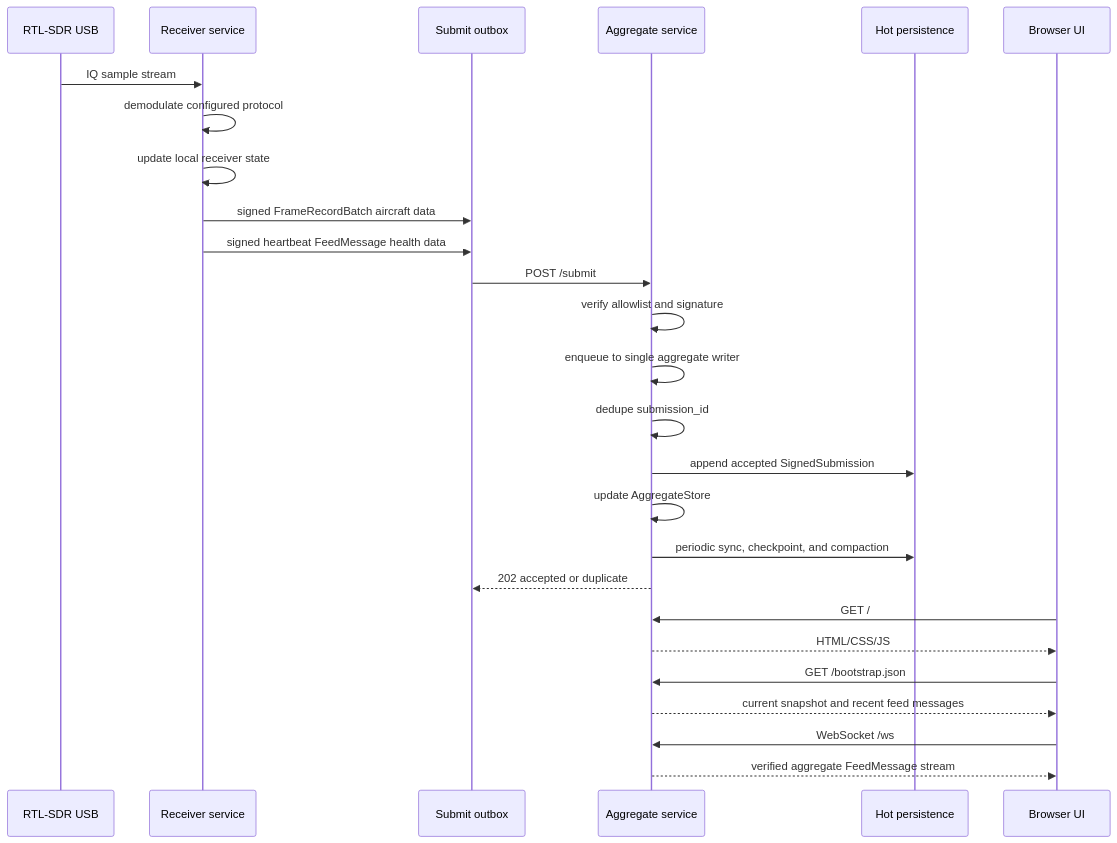
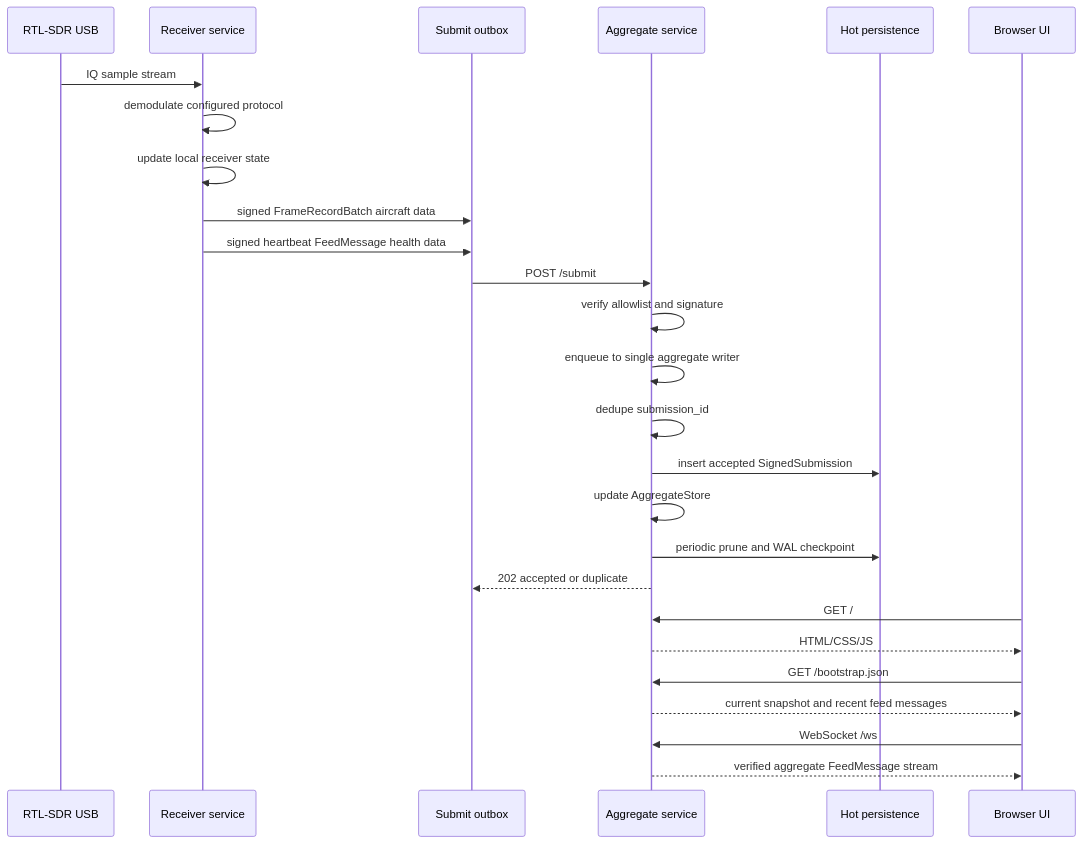
Before and after one commit to abhay/rsdb: the second of 2 diagrams in docs/ARCHITECTURE.md, drawn with Mermaid. The commit also changed other lines of this file and 7 other files, not shown here.

````diff
--- a/docs/ARCHITECTURE.md
+++ b/docs/ARCHITECTURE.md
@@ -71,30 +71,30 @@
 ```mermaid
 sequenceDiagram
   participant USB as RTL-SDR USB
   participant R as Receiver service
   participant Q as Submit outbox
   participant A as Aggregate service
   participant P as Hot persistence
   participant U as Browser UI
 
   USB->>R: IQ sample stream
   R->>R: demodulate configured protocol
   R->>R: update local receiver state
   R->>Q: signed FrameRecordBatch aircraft data
   R->>Q: signed heartbeat FeedMessage health data
   Q->>A: POST /submit
   A->>A: verify allowlist and signature
   A->>A: enqueue to single aggregate writer
   A->>A: dedupe submission_id
-  A->>P: append accepted SignedSubmission
+  A->>P: insert accepted SignedSubmission
   A->>A: update AggregateStore
-  A->>P: periodic sync, checkpoint, and compaction
+  A->>P: periodic prune and WAL checkpoint
   A-->>Q: 202 accepted or duplicate
 
   U->>A: GET /
   A-->>U: HTML/CSS/JS
   U->>A: GET /bootstrap.json
   A-->>U: current snapshot and recent feed messages
   U->>A: WebSocket /ws
   A-->>U: verified aggregate FeedMessage stream
 ```
````
